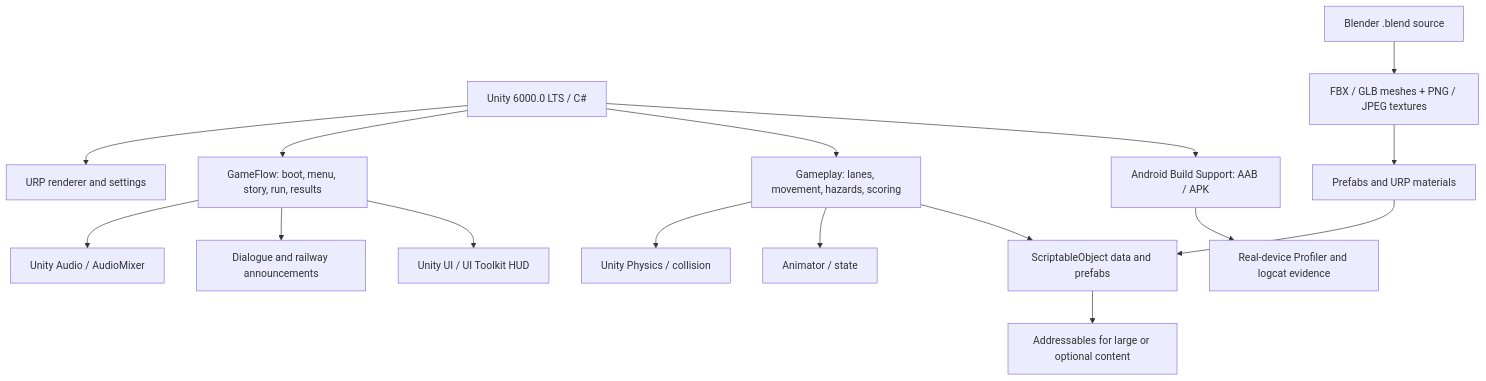
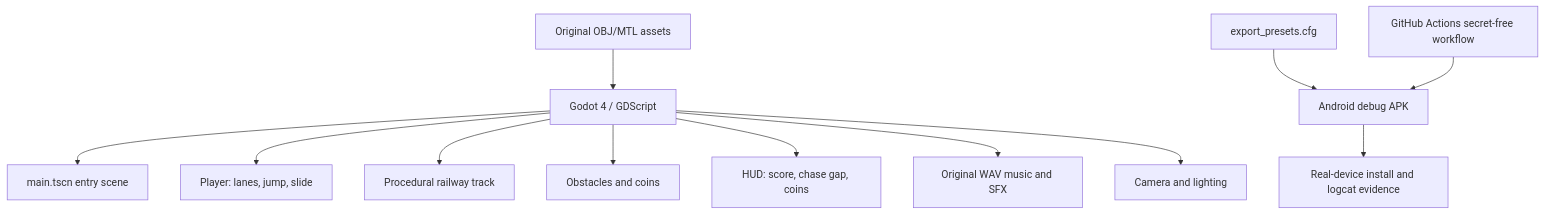
One commit to inzyhere/indian-subway-runner changed the first of 2 diagrams in ARCHITECTURE.md. Above: the diagram before and after it, drawn with Mermaid. The commit also changed other lines of this file and 43 other files, not shown here.

Commit message:
feat: add Godot prototype and secret-free Android build

````diff
--- a/ARCHITECTURE.md
+++ b/ARCHITECTURE.md
@@ -10,18 +10,14 @@
 ```mermaid
 flowchart TD
-    U[Unity 6000.0 LTS / C#] --> R[URP renderer and settings]
-    U --> GF[GameFlow: boot, menu, story, run, results]
-    U --> GS[Gameplay: lanes, movement, hazards, scoring]
-    GS --> PHY[Unity Physics / collision]
-    GS --> AN[Animator / state]
-    GF --> AU[Unity Audio / AudioMixer]
-    GF --> DL[Dialogue and railway announcements]
-    GF --> UI[Unity UI / UI Toolkit HUD]
-    GS --> D[ScriptableObject data and prefabs]
-    D --> AD[Addressables for large or optional content]
-    B[Blender .blend source] --> EX[FBX / GLB meshes + PNG / JPEG textures]
-    EX --> PF[Prefabs and URP materials]
-    PF --> D
-    U --> AB[Android Build Support: AAB / APK]
-    AB --> DV[Real-device Profiler and logcat evidence]
+    G[Godot 4 / GDScript] --> M[main.tscn entry scene]
+    G --> P[Player: lanes, jump, slide]
+    G --> W[Procedural railway track]
+    G --> O[Obstacles and coins]
+    G --> H[HUD: score, chase gap, coins]
+    G --> A[Original WAV music and SFX]
+    G --> C[Camera and lighting]
+    AS[Original OBJ/MTL assets] --> G
+    E[export_presets.cfg] --> APK[Android debug APK]
+    WF[GitHub Actions secret-free workflow] --> APK
+    APK --> DV[Real-device install and logcat evidence]
 ```
````
